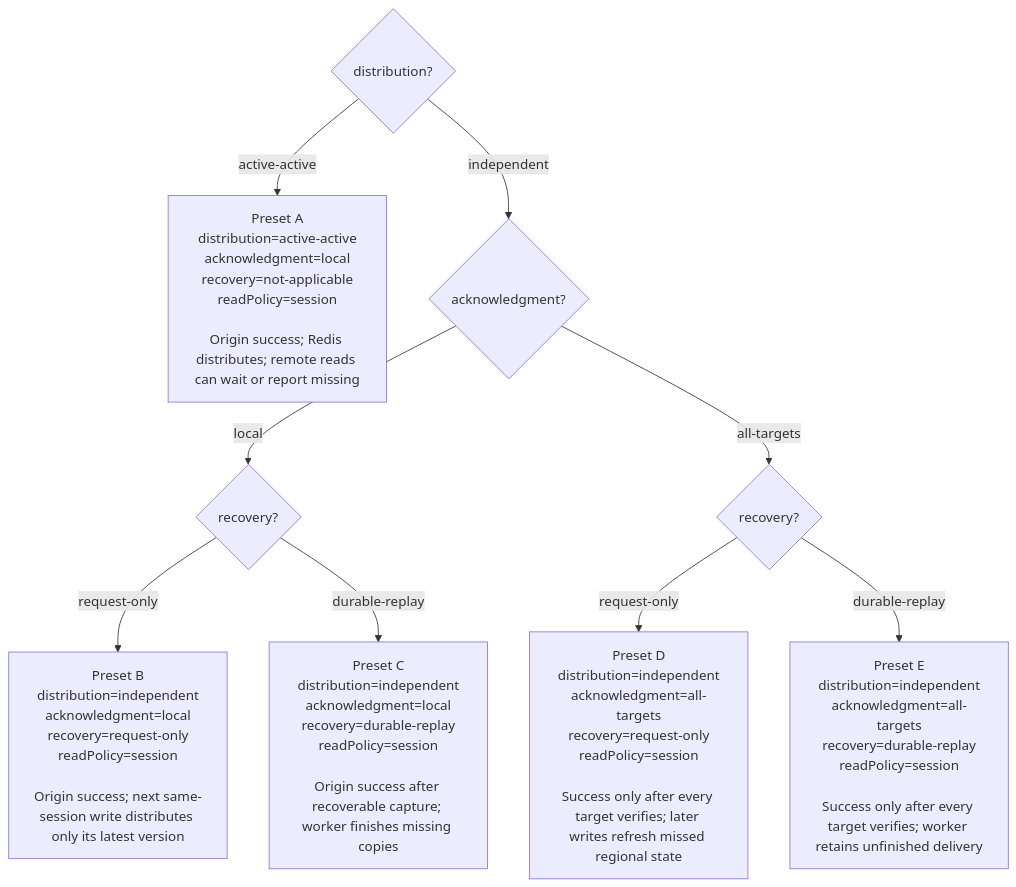
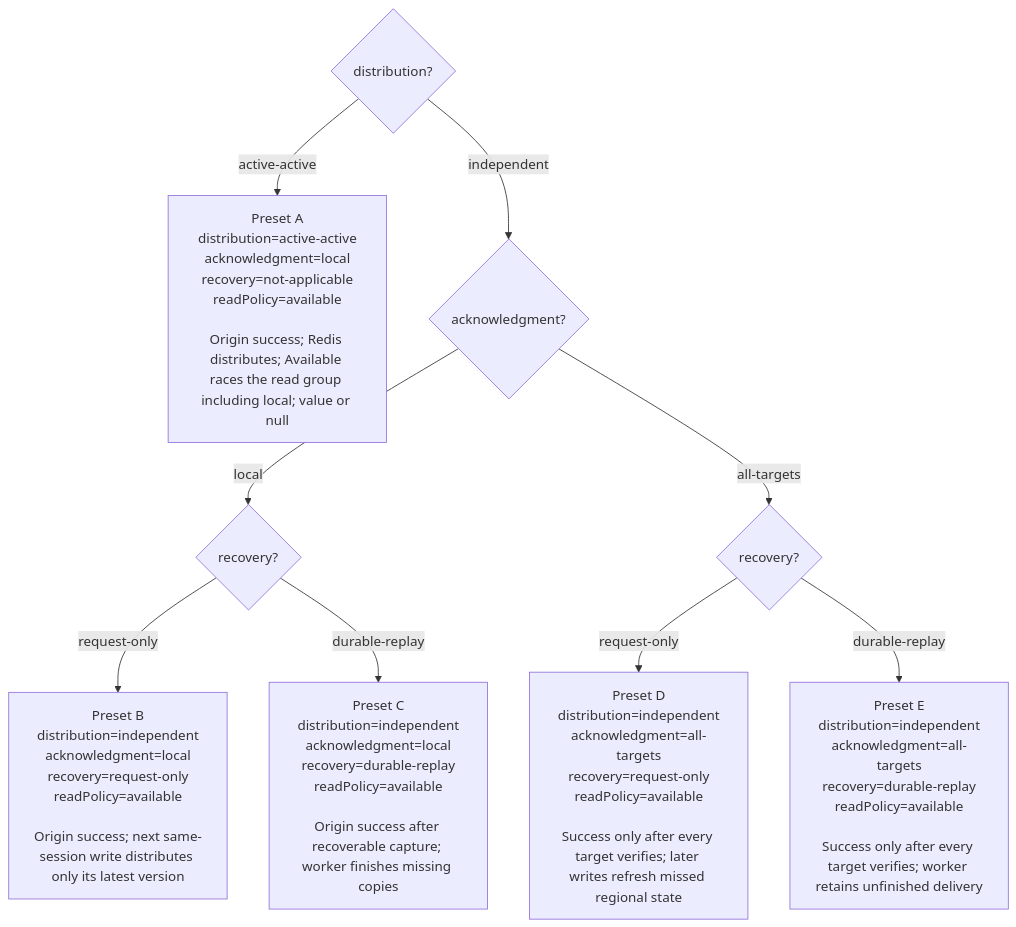
The first of 4 diagrams in decisions.md (alberttwong/redis-multi-region-adapter), drawn with Mermaid before and after one commit. The commit also changed other lines of this file and 13 other files, not shown here.

Commit message:
Default to group-racing Available reads and remove Session policy

````diff
--- a/decisions.md
+++ b/decisions.md
@@ -17,11 +17,11 @@
 ```mermaid
 flowchart TD
-    Start{"distribution?"} -->|active-active| A["Preset A<br/>distribution=active-active<br/>acknowledgment=local<br/>recovery=not-applicable<br/>readPolicy=session<br/><br/>Origin success; Redis distributes; remote reads can wait or report missing"]
+    Start{"distribution?"} -->|active-active| A["Preset A<br/>distribution=active-active<br/>acknowledgment=local<br/>recovery=not-applicable<br/>readPolicy=available<br/><br/>Origin success; Redis distributes; Available races the read group including local; value or null"]
     Start -->|independent| Ack{"acknowledgment?"}
     Ack -->|local| LocalRecovery{"recovery?"}
-    LocalRecovery -->|request-only| B["Preset B<br/>distribution=independent<br/>acknowledgment=local<br/>recovery=request-only<br/>readPolicy=session<br/><br/>Origin success; next same-session write distributes only its latest version"]
-    LocalRecovery -->|durable-replay| C["Preset C<br/>distribution=independent<br/>acknowledgment=local<br/>recovery=durable-replay<br/>readPolicy=session<br/><br/>Origin success after recoverable capture; worker finishes missing copies"]
+    LocalRecovery -->|request-only| B["Preset B<br/>distribution=independent<br/>acknowledgment=local<br/>recovery=request-only<br/>readPolicy=available<br/><br/>Origin success; next same-session write distributes only its latest version"]
+    LocalRecovery -->|durable-replay| C["Preset C<br/>distribution=independent<br/>acknowledgment=local<br/>recovery=durable-replay<br/>readPolicy=available<br/><br/>Origin success after recoverable capture; worker finishes missing copies"]
     Ack -->|all-targets| AllRecovery{"recovery?"}
-    AllRecovery -->|request-only| D["Preset D<br/>distribution=independent<br/>acknowledgment=all-targets<br/>recovery=request-only<br/>readPolicy=session<br/><br/>Success only after every target verifies; later writes refresh missed regional state"]
-    AllRecovery -->|durable-replay| E["Preset E<br/>distribution=independent<br/>acknowledgment=all-targets<br/>recovery=durable-replay<br/>readPolicy=session<br/><br/>Success only after every target verifies; worker retains unfinished delivery"]
+    AllRecovery -->|request-only| D["Preset D<br/>distribution=independent<br/>acknowledgment=all-targets<br/>recovery=request-only<br/>readPolicy=available<br/><br/>Success only after every target verifies; later writes refresh missed regional state"]
+    AllRecovery -->|durable-replay| E["Preset E<br/>distribution=independent<br/>acknowledgment=all-targets<br/>recovery=durable-replay<br/>readPolicy=available<br/><br/>Success only after every target verifies; worker retains unfinished delivery"]
 ```
````
